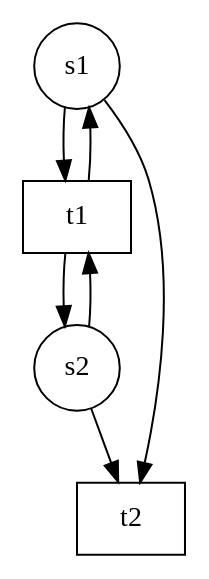
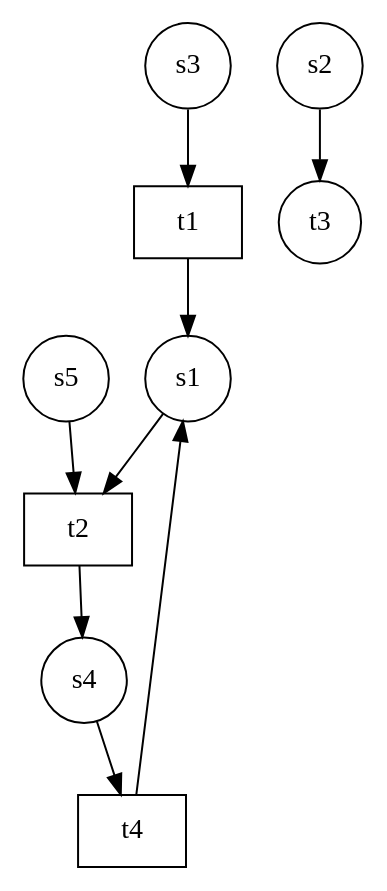
The diagram in Reduktionsalgorithmen/petri-netz.gv (dnannen/reduction-of-petri-nets), drawn with Graphviz before and after one commit. The commit also changed 4 other files, not shown here.

```diff
--- a/Reduktionsalgorithmen/petri-netz.gv
+++ b/Reduktionsalgorithmen/petri-netz.gv
@@ -1,13 +1,18 @@
 digraph petrinet{
 node[shape=circle];
 "s1";
-"s2";
+"s3";
+"s4";
+"s5";
 "t1" [shape=box];
 "t2" [shape=box];
-"s1"->"t1"
+"t4" [shape=box];
 "s1"->"t2"
-"s2"->"t1"
-"s2"->"t2"
+"s2"->"t3"
+"s3"->"t1"
+"s4"->"t4"
+"s5"->"t2"
 "t1"->"s1"
-"t1"->"s2"
+"t2"->"s4"
+"t4"->"s1"
 }
```
